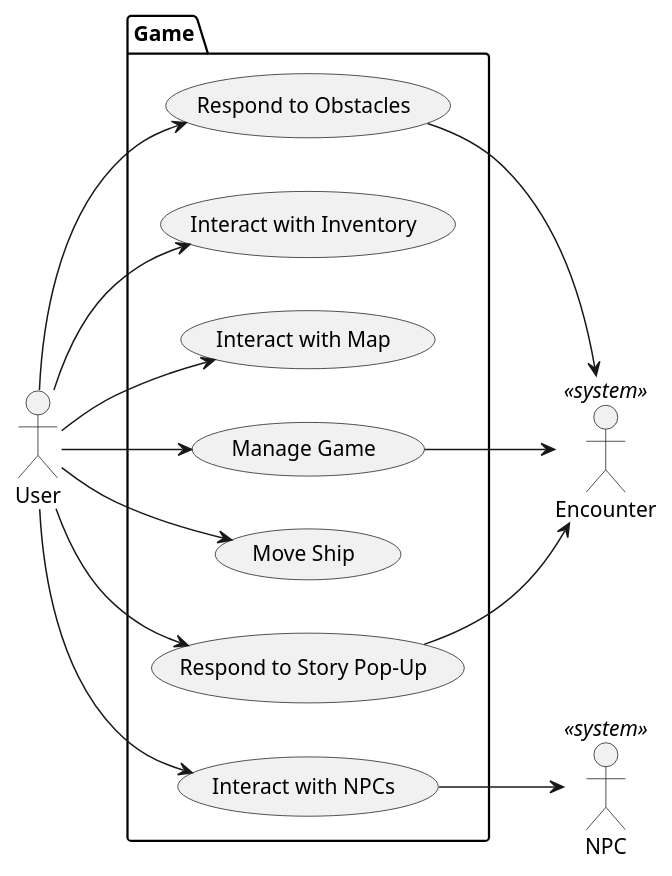
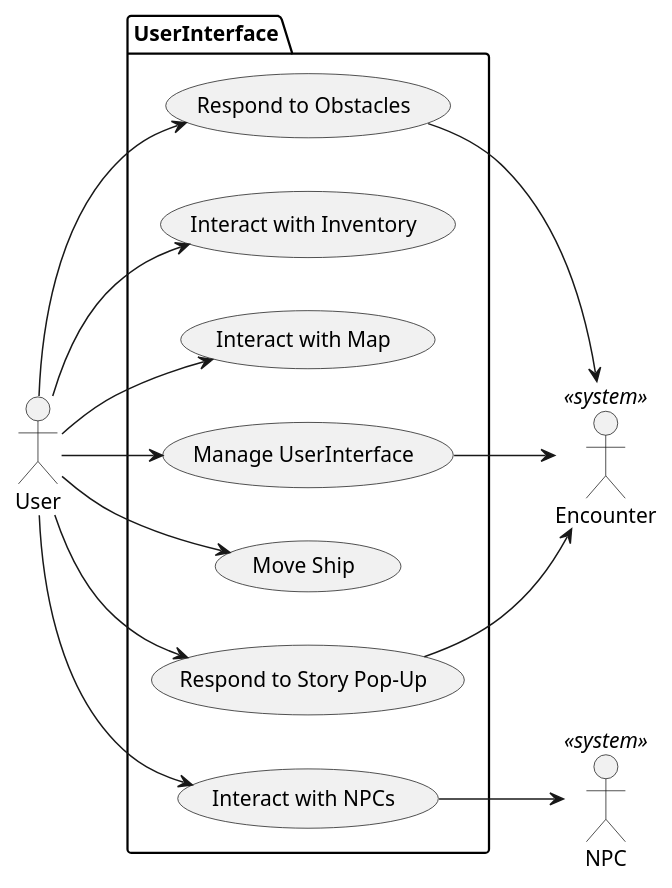
One commit to emutchek/MaraudersAtSea changed the diagram in CMPU_203_PirateGame/doc/vision.md. Above: the diagram before and after it, drawn with PlantUML. The commit also changed 6 other files, not shown here.

````diff
--- a/CMPU_203_PirateGame/doc/vision.md
+++ b/CMPU_203_PirateGame/doc/vision.md
@@ -59,28 +59,28 @@
 ```PlantUML
 @startuml
 left to right direction
 actor User as u
 NPC <<system>>
 Encounter <<system>>
-package Game{
-    usecase "Manage Game" as UC1
+package UserInterface{
+    usecase "Manage UserInterface" as UC1
     usecase "Interact with Inventory" as UC2
     usecase "Interact with Map" as UC3
     usecase "Interact with NPCs" as UC4
     usecase "Move Ship" as UC5
     usecase "Respond to Story Pop-Up" as UC6
     usecase "Respond to Obstacles" as UC7
 }
 u --> UC1
 u --> UC2
 u --> UC3
 u --> UC4
 u --> UC5
 u --> UC6
 u --> UC7
 UC4 --> NPC
 UC1 --> Encounter
 UC6 --> Encounter
 UC7 --> Encounter
 @enduml
 ```
````
